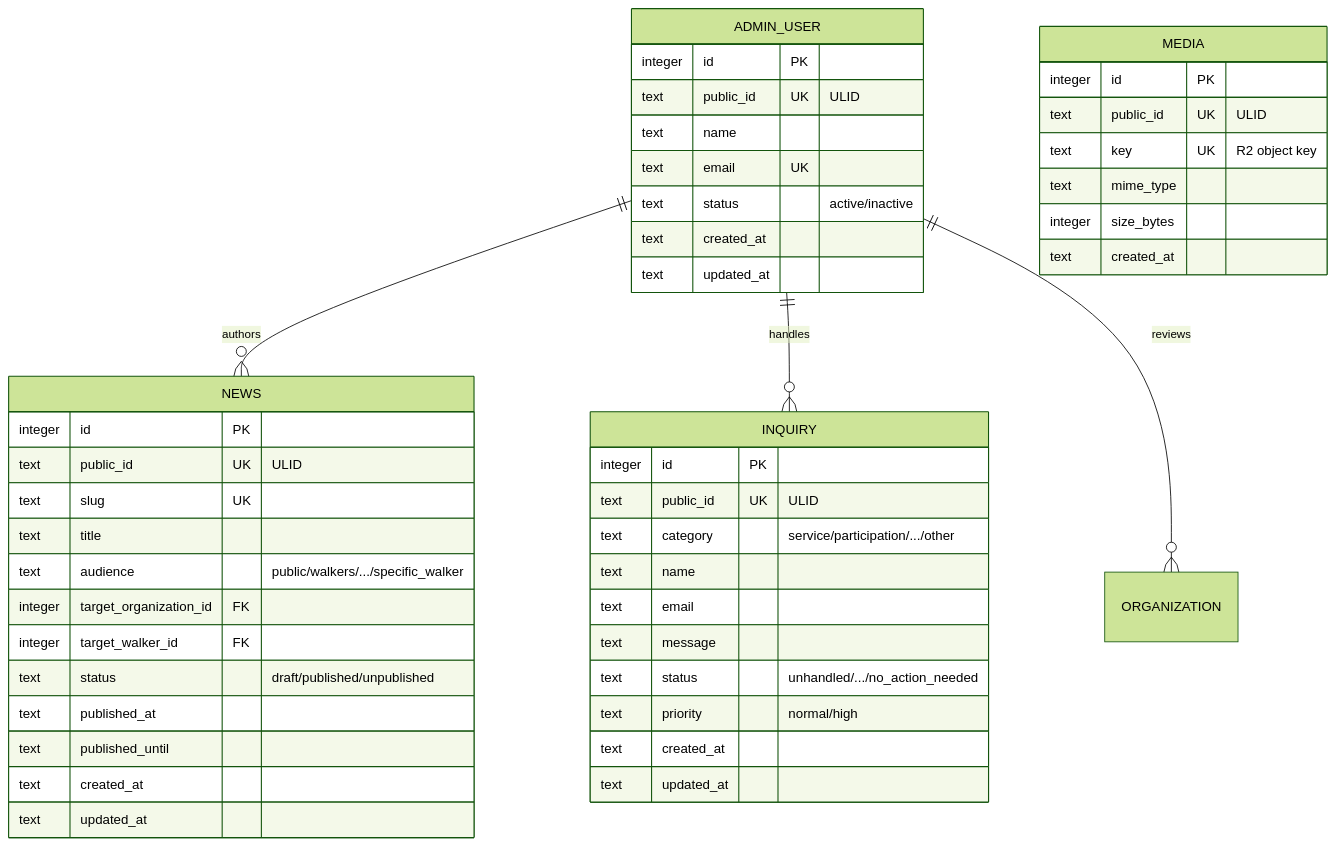
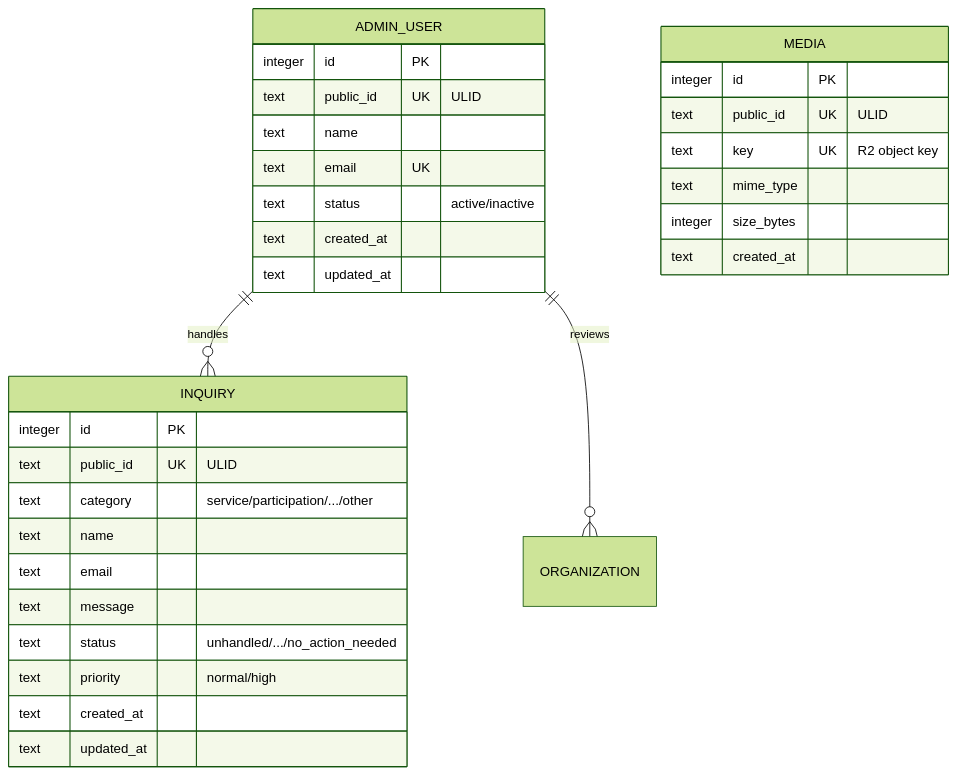
Before and after one commit to team-natural/walk-pet-kampo: the first of 2 diagrams in docs/3-development/07-database-schema.md, drawn with Mermaid (forest theme). The commit also changed other lines of this file and 13 other files, not shown here.

````diff
--- a/docs/3-development/07-database-schema.md
+++ b/docs/3-development/07-database-schema.md
@@ -56,53 +56,38 @@
 ```mermaid
 erDiagram
-    ADMIN_USER ||--o{ NEWS : authors
     ADMIN_USER ||--o{ INQUIRY : handles
     ADMIN_USER ||--o{ ORGANIZATION : reviews
 
     ADMIN_USER {
         integer id PK
         text public_id UK "ULID"
         text name
         text email UK
         text status "active/inactive"
-        text created_at
-        text updated_at
-    }
-    NEWS {
-        integer id PK
-        text public_id UK "ULID"
-        text slug UK
-        text title
-        text audience "public/walkers/.../specific_walker"
-        integer target_organization_id FK
-        integer target_walker_id FK
-        text status "draft/published/unpublished"
-        text published_at
-        text published_until
         text created_at
         text updated_at
     }
     MEDIA {
         integer id PK
         text public_id UK "ULID"
         text key UK "R2 object key"
         text mime_type
         integer size_bytes
         text created_at
     }
     INQUIRY {
         integer id PK
         text public_id UK "ULID"
         text category "service/participation/.../other"
         text name
         text email
         text message
         text status "unhandled/.../no_action_needed"
         text priority "normal/high"
         text created_at
         text updated_at
     }
 
     %% activity_log（監査ログ）は causer_type で AdminUser/OrganizationMember/Walker を判別する
     %% ポリモーフィック構造のため本図では省略（§4-4 参照）
 ```
````
